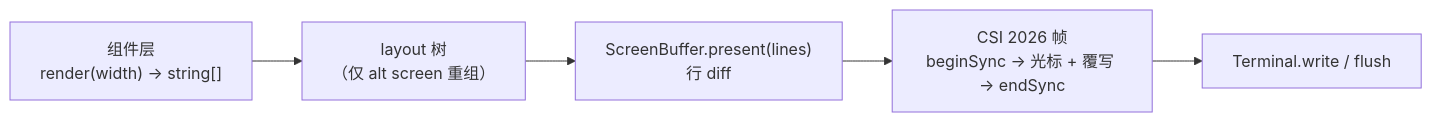
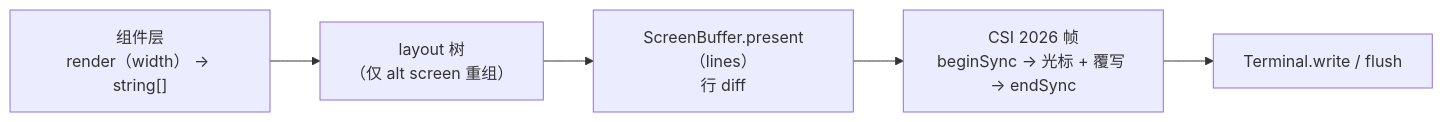
Before and after one commit to KNeegcyao/my-easy-pi: the third of 4 diagrams in docs/07-interface-layer/04-tui.md, drawn with Mermaid. The commit also changed 25 other files, not shown here.

First line of the commit message:
fix: 修复 Mermaid 图表语法错误

````diff
--- a/docs/07-interface-layer/04-tui.md
+++ b/docs/07-interface-layer/04-tui.md
@@ -127,7 +127,7 @@
 ```mermaid
 flowchart LR
-    A["组件层<br/>render(width) → string[]"] --> B["layout 树<br/>（仅 alt screen 重组）"]
-    B --> C["ScreenBuffer.present(lines)<br/>行 diff"]
+    A["组件层<br/>render（width） → string[]"] --> B["layout 树<br/>（仅 alt screen 重组）"]
+    B --> C["ScreenBuffer.present（lines）<br/>行 diff"]
     C --> D["CSI 2026 帧<br/>beginSync → 光标 + 覆写 → endSync"]
     D --> E["Terminal.write / flush"]
 ```
````
